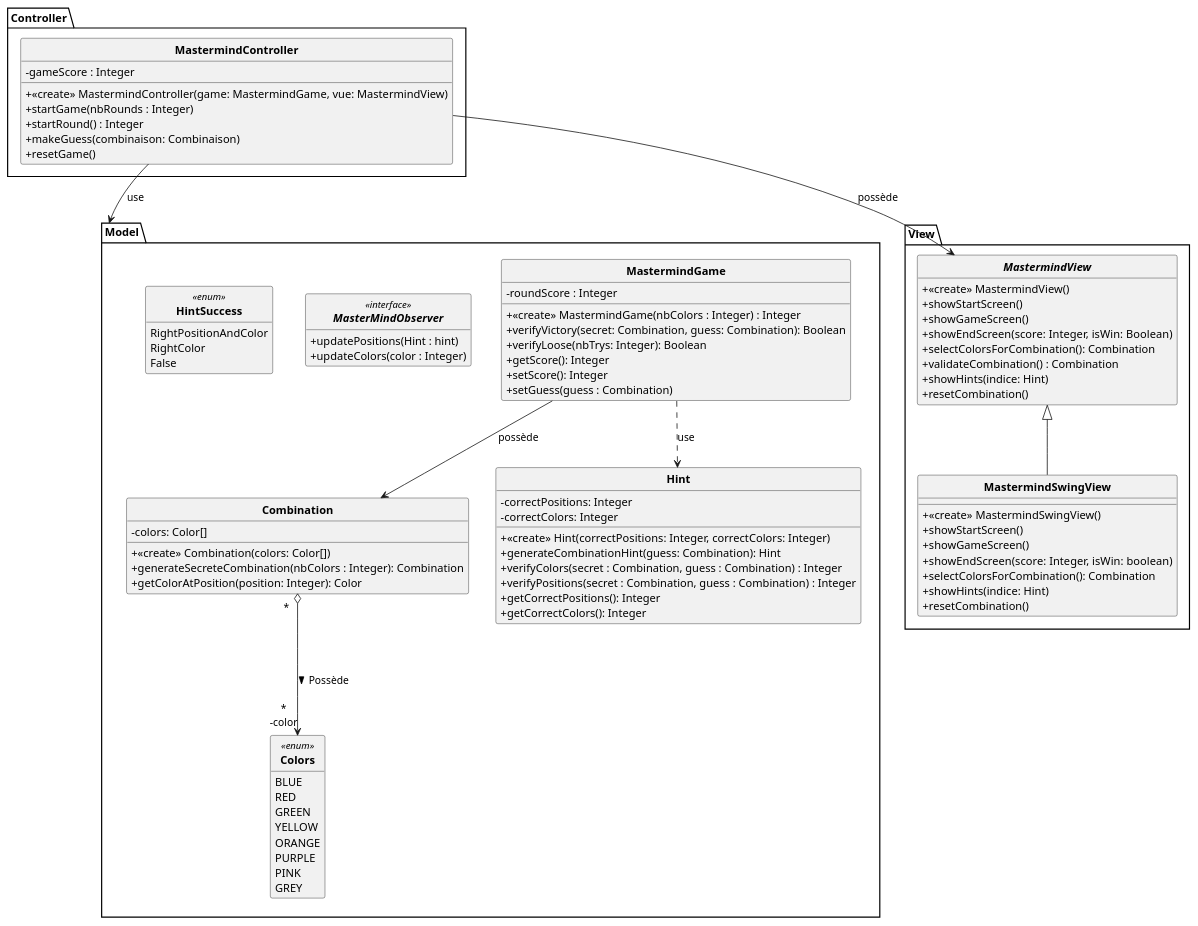
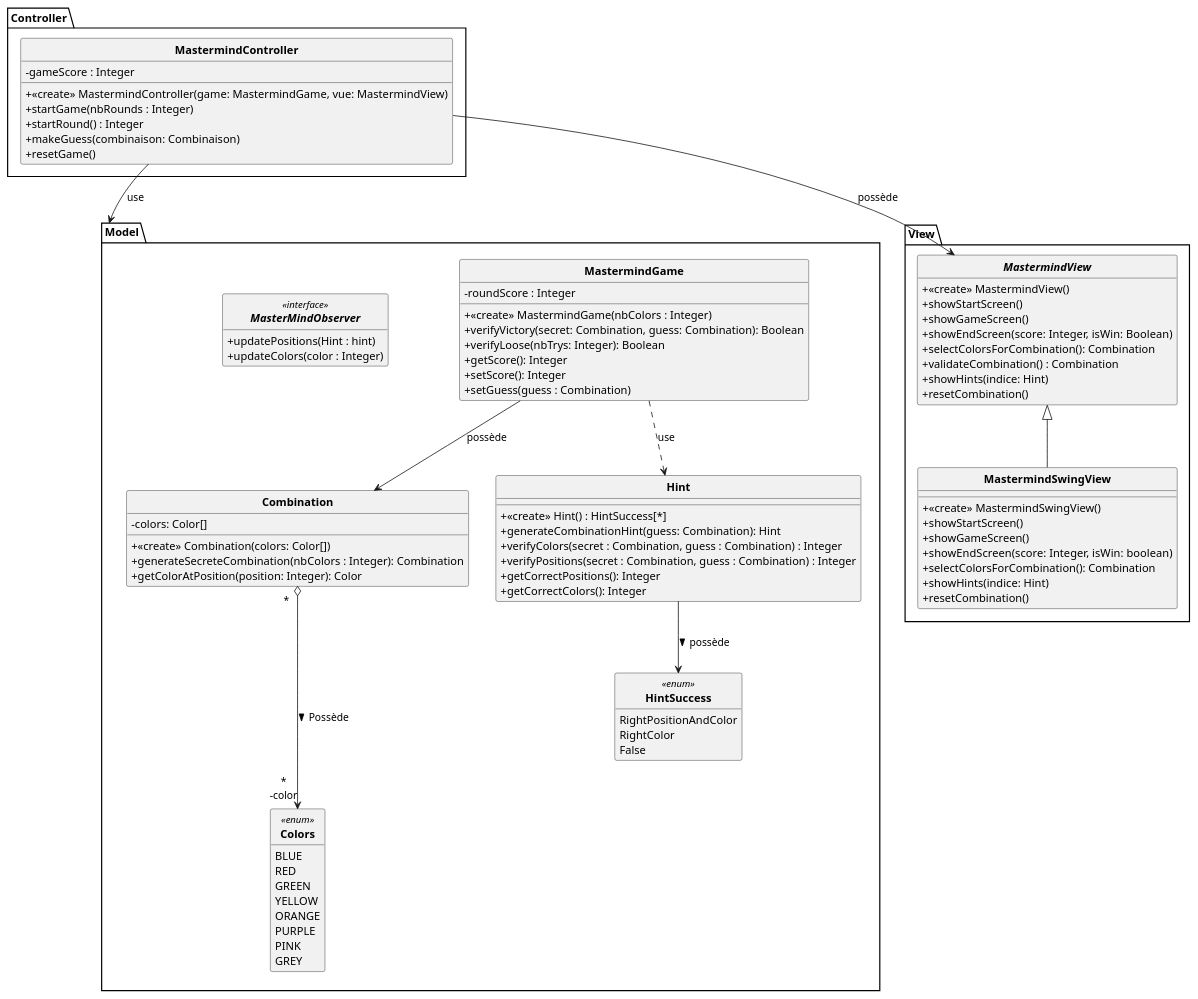
The diagram in DCC.puml (Taijin4/Mastermind), drawn with PlantUML before and after one commit.

Commit message:
Modification du puml

```diff
--- a/DCC.puml
+++ b/DCC.puml
@@ -1,108 +1,106 @@
 @startuml
 
 skinparam style strictuml
 skinparam classAttributeIconSize 0
 skinparam classFontStyle Bold
 hide enum methods
 hide interface attributes
 
 package Model {
 
     class MastermindGame {
         - roundScore : Integer
-        + <<create>> MastermindGame(nbColors : Integer) : Integer
+        + <<create>> MastermindGame(nbColors : Integer)
         + verifyVictory(secret: Combination, guess: Combination): Boolean
         + verifyLoose(nbTrys: Integer): Boolean
         + getScore(): Integer
         + setScore(): Integer
         + setGuess(guess : Combination)
     }
 
     class Combination {
         - colors: Color[]
         + <<create>> Combination(colors: Color[])
         + generateSecreteCombination(nbColors : Integer): Combination
         + getColorAtPosition(position: Integer): Color
     }
 
     class Hint {
-        - correctPositions: Integer
-        - correctColors: Integer
-        + <<create>> Hint(correctPositions: Integer, correctColors: Integer)
+        + <<create>> Hint() : HintSuccess[*]
         + generateCombinationHint(guess: Combination): Hint
         + verifyColors(secret : Combination, guess : Combination) : Integer
         + verifyPositions(secret : Combination, guess : Combination) : Integer
         + getCorrectPositions(): Integer
         + getCorrectColors(): Integer
     }
 
     enum Colors <<enum>>{
         BLUE
         RED
         GREEN
         YELLOW
         ORANGE
         PURPLE
         PINK
         GREY
     }
 
     interface MasterMindObserver <<interface>>{
         + updatePositions(Hint : hint)
         + updateColors(color : Integer)
     }
 
     enum HintSuccess <<enum>>{
         RightPositionAndColor
         RightColor
         False
     }
 
 }
 
 
 package View {
 
     interface MastermindView {
         + <<create>> MastermindView()
         + showStartScreen()
         + showGameScreen()
         + showEndScreen(score: Integer, isWin: Boolean)
         + selectColorsForCombination(): Combination
         + validateCombination() : Combination
         + showHints(indice: Hint)
         + resetCombination()
     }
 
     class MastermindSwingView extends MastermindView{
         + <<create>> MastermindSwingView()
         + showStartScreen()
         + showGameScreen()
         + showEndScreen(score: Integer, isWin: boolean)
         + selectColorsForCombination(): Combination
         + showHints(indice: Hint)
         + resetCombination()
     }
 
 }
 
 package Controller {
 
     class MastermindController {
         - gameScore : Integer
         + <<create>> MastermindController(game: MastermindGame, vue: MastermindView)
         + startGame(nbRounds : Integer)
         + startRound() : Integer
         + makeGuess(combinaison: Combinaison)
         + resetGame()
     }
 
 }
 
 MastermindGame ..> Hint : use
 MastermindGame --> Combination : possède
 MastermindController -->  Model : use
 MastermindController --> MastermindView : possède
 Combination " *   " o---> "*\n-color" Colors : Possède >
-
+Hint --> HintSuccess : possède >
 @enduml
```
